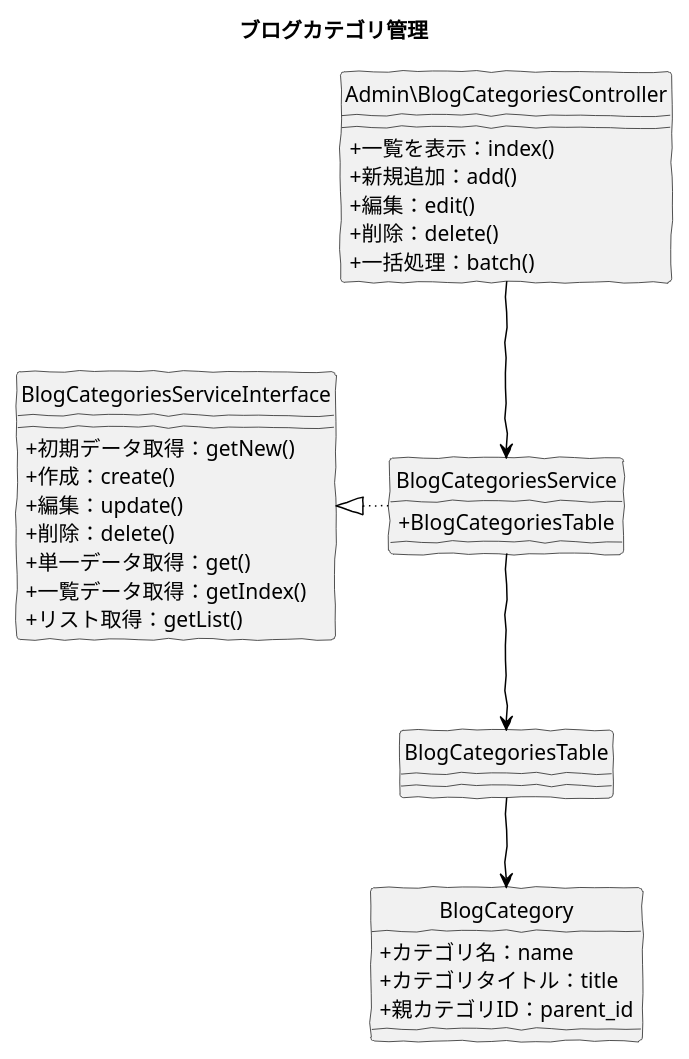
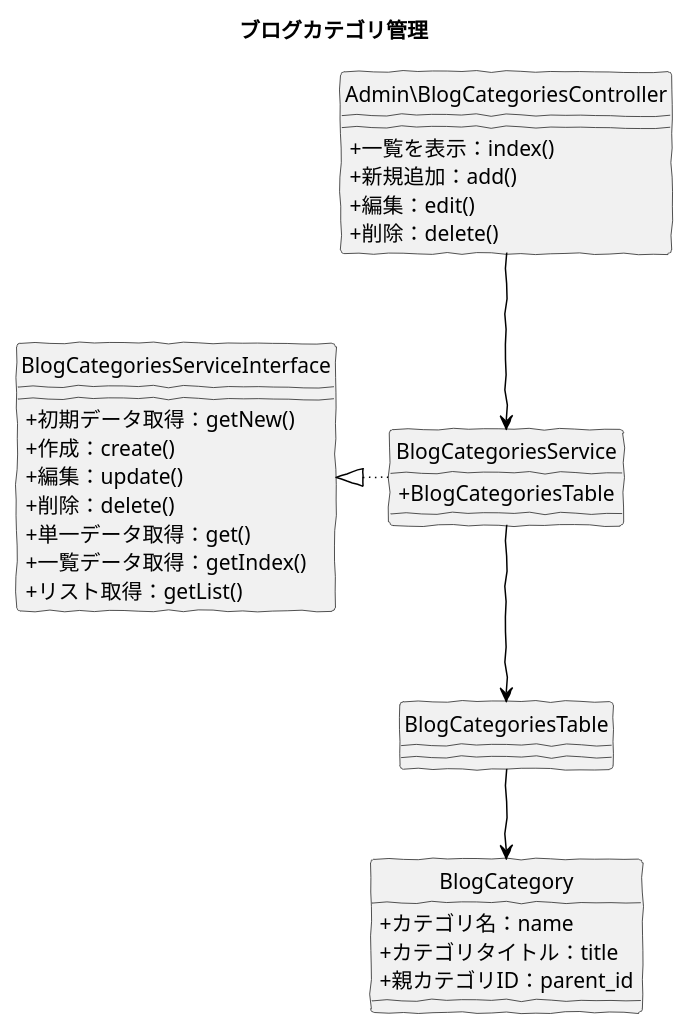
Before and after one commit to baserproject/baserproject.github.io: the diagram in src/puml/5/ucmitz/svg/class/manage_blog_categories.puml, drawn with PlantUML. The commit also changed 8 other files, not shown here.

```diff
--- a/src/puml/5/ucmitz/svg/class/manage_blog_categories.puml
+++ b/src/puml/5/ucmitz/svg/class/manage_blog_categories.puml
@@ -1,45 +1,44 @@
 @startuml
 skinparam handwritten true
 skinparam backgroundColor white
 hide circle
 skinparam classAttributeIconSize 0
 
 title ブログカテゴリ管理
 
 class Admin\BlogCategoriesController {
   + 一覧を表示：index()
   + 新規追加：add()
   + 編集：edit()
   + 削除：delete()
-  + 一括処理：batch()
 }
 
 class BlogCategoriesService {
   + BlogCategoriesTable
 }
 
 class BlogCategoriesServiceInterface {
   + 初期データ取得：getNew()
   + 作成：create()
   + 編集：update()
   + 削除：delete()
   + 単一データ取得：get()
   + 一覧データ取得：getIndex()
   + リスト取得：getList()
 }
 
 class BlogCategoriesTable {
 }
 
 class BlogCategory {
 	+ カテゴリ名：name
 	+ カテゴリタイトル：title
 	+ 親カテゴリID：parent_id
 }
 
 Admin\BlogCategoriesController -down[#Black]-> BlogCategoriesService
 BlogCategoriesService -down[#Black]-> BlogCategoriesTable
 BlogCategoriesService -left[dotted,#Black]-|> BlogCategoriesServiceInterface
 BlogCategoriesTable -down[#Black]-> BlogCategory
 
 @enduml
```
